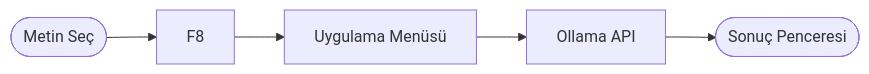
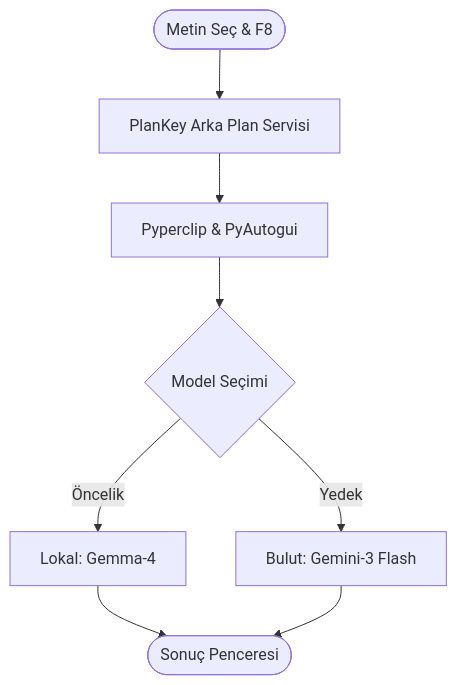
One commit to bessar2004/-PlanKey- changed the diagram in README.md. Above: the diagram before and after it, drawn with Mermaid. The commit also changed other lines of this file, not shown here.

````diff
--- a/README.md
+++ b/README.md
@@ -14,7 +45,10 @@
 ```mermaid
-flowchart LR
-    A([Metin Seç]) --> B[F8]
-    B --> C[Uygulama Menüsü]
-    C --> D[Ollama API]
-    D --> E([Sonuç Penceresi])
+graph TD
+    User([Metin Seç & F8]) --> App[PlanKey Arka Plan Servisi]
+    App --> Clipboard[Pyperclip & PyAutogui]
+    Clipboard --> Logic{Model Seçimi}
+    Logic -->|Öncelik| Ollama[Lokal: Gemma-4]
+    Logic -->|Yedek| Gemini[Bulut: Gemini-3 Flash]
+    Ollama --> Display([Sonuç Penceresi])
+    Gemini --> Display
 ```
````
